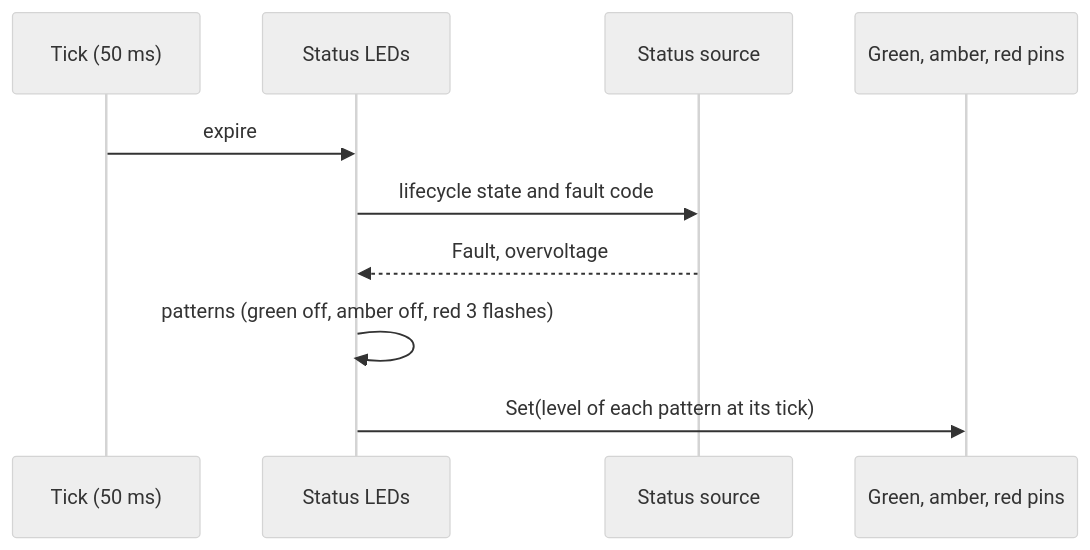
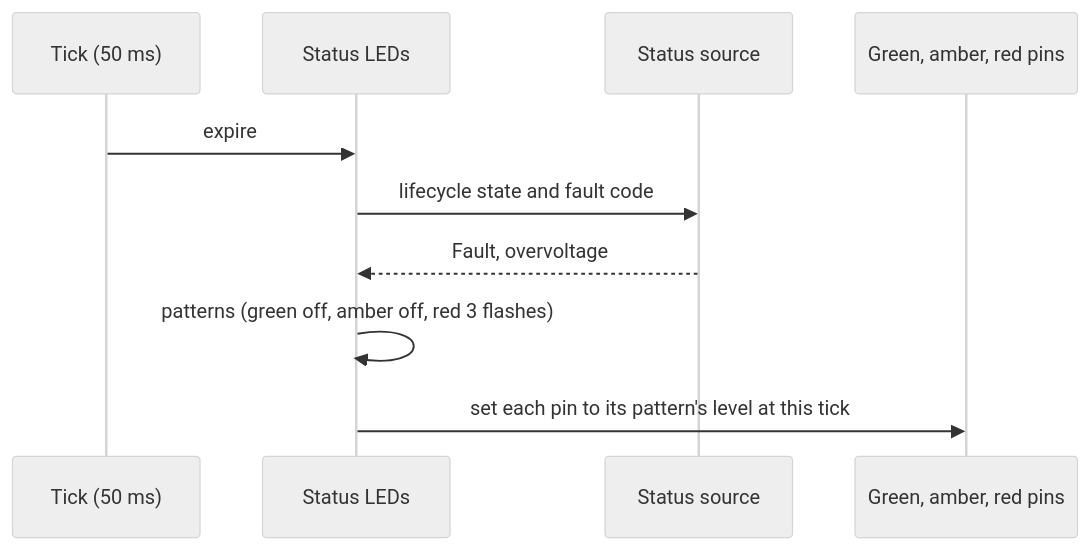
The third of 3 diagrams in documentation/design/service-leds.md (embedded-pro/e-foc), drawn with Mermaid (neutral theme) before and after one commit. The commit also changed other lines of this file and 37 other files, not shown here.

````diff
--- a/documentation/design/service-leds.md
+++ b/documentation/design/service-leds.md
@@ -168,12 +169,12 @@
 ```mermaid
 sequenceDiagram
     participant T as Tick (50 ms)
     participant S as Status LEDs
     participant Src as Status source
     participant Pins as Green, amber, red pins
     T->>S: expire
     S->>Src: lifecycle state and fault code
     Src-->>S: Fault, overvoltage
     S->>S: patterns (green off, amber off, red 3 flashes)
-    S->>Pins: Set(level of each pattern at its tick)
+    S->>Pins: set each pin to its pattern's level at this tick
 ```
````
